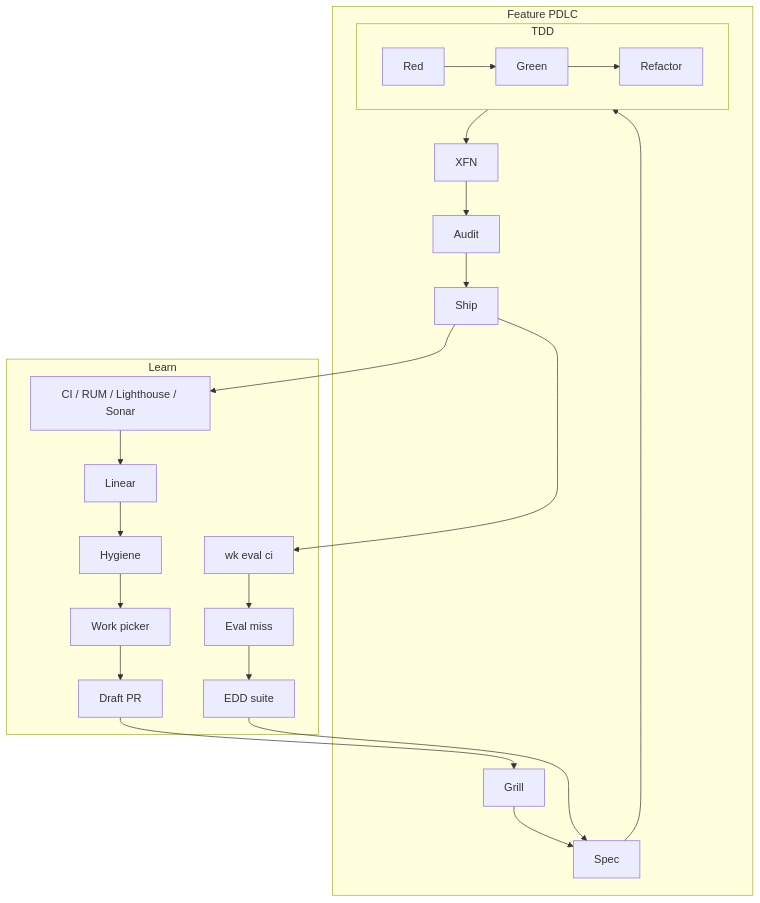
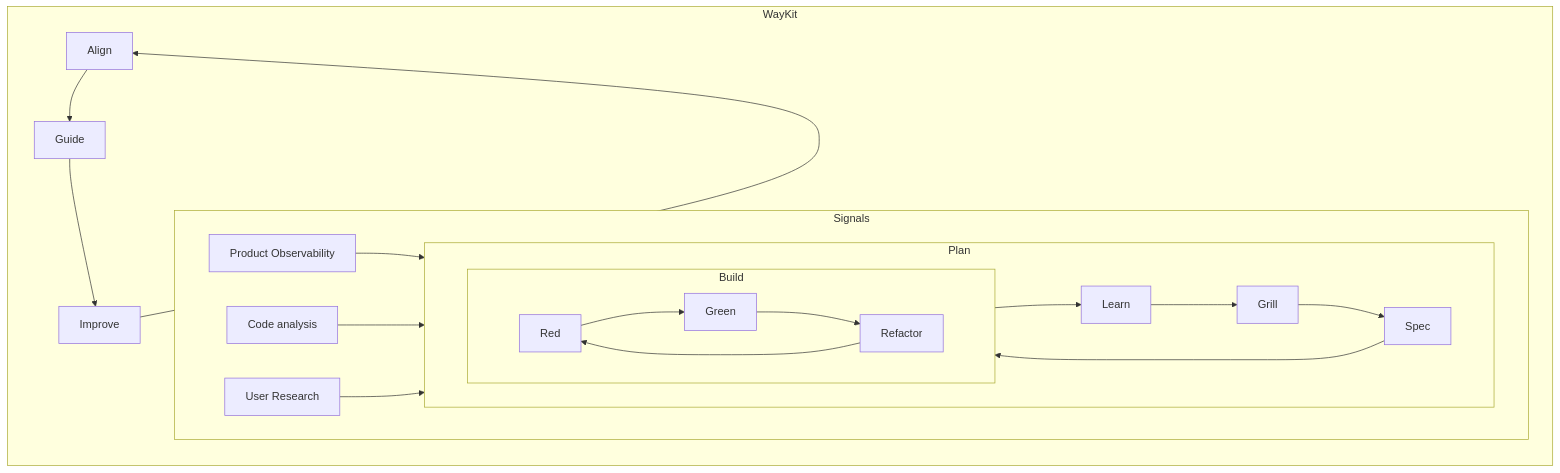
Before and after one commit to mzworthington/waykit: the diagram in docs/loops.md, drawn with Mermaid. The commit also changed other lines of this file and 7 other files, not shown here.

````diff
--- a/docs/loops.md
+++ b/docs/loops.md
@@ -22,22 +22,20 @@
 ```mermaid
-flowchart TB
-  subgraph tdd [TDD]
-    red[Red] --> green[Green] --> refactor[Refactor]
+flowchart LR
+  subgraph wk [WayKit]
+    align[Align] --> guide[Guide] 
+    guide --> improve[Improve] 
+    improve --> align
+    subgraph pdlc [Signals]
+      observe[Product Observability] --> plan
+      analyse[Code analysis] --> plan
+      research[User Research] --> plan
+
+      subgraph plan [Plan]
+        grill[Grill] --> spec[Spec] --> tdd --> learn[Learn] --> grill
+        subgraph tdd [Build]
+          red[Red] --> green[Green] --> refactor[Refactor] --> red
+        end
+      end
+    end
   end
-  subgraph pdlc [Feature PDLC]
-    grill[Grill] --> spec[Spec] --> tdd
-    tdd --> xfn[XFN] --> audit[Audit] --> ship[Ship]
-  end
-  subgraph learn [Learn]
-    signals[CI / RUM / Lighthouse / Sonar] --> linear[Linear]
-    linear --> hygiene[Hygiene]
-    hygiene --> picker[Work picker]
-    picker --> draft[Draft PR]
-    evalGate["wk eval ci"] --> miss[Eval miss]
-    miss --> edd[EDD suite]
-  end
-  ship --> signals
-  ship --> evalGate
-  draft --> grill
-  edd --> spec
 ```
````
